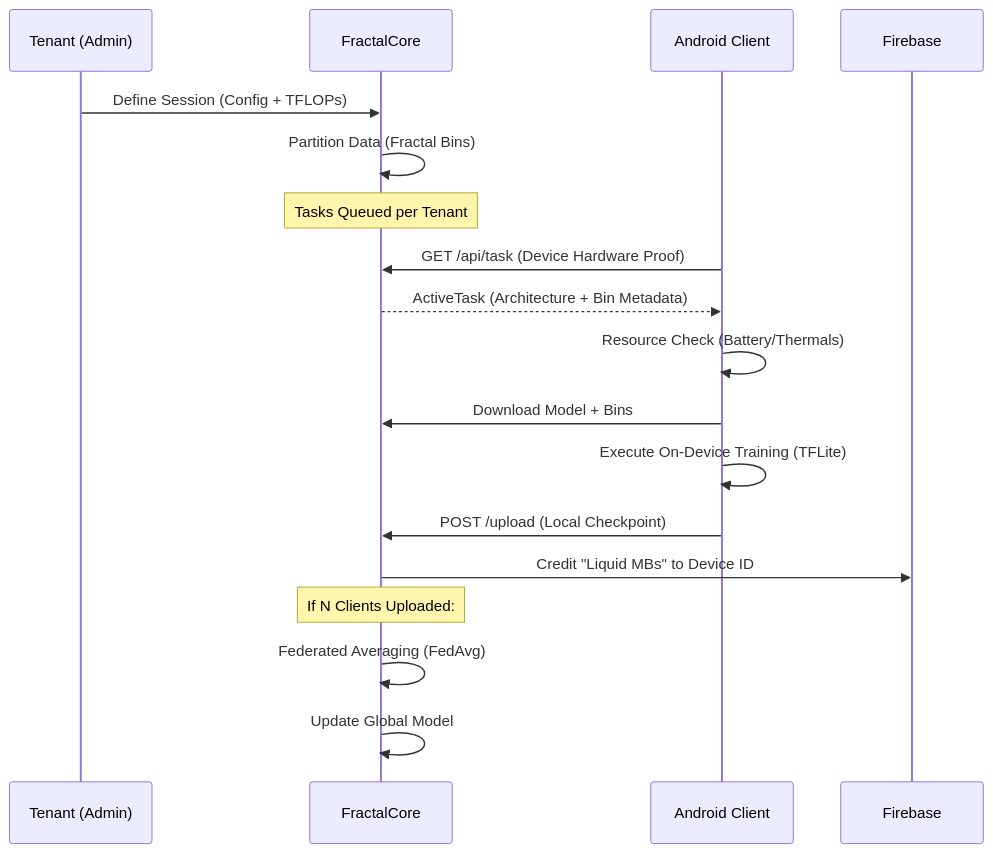
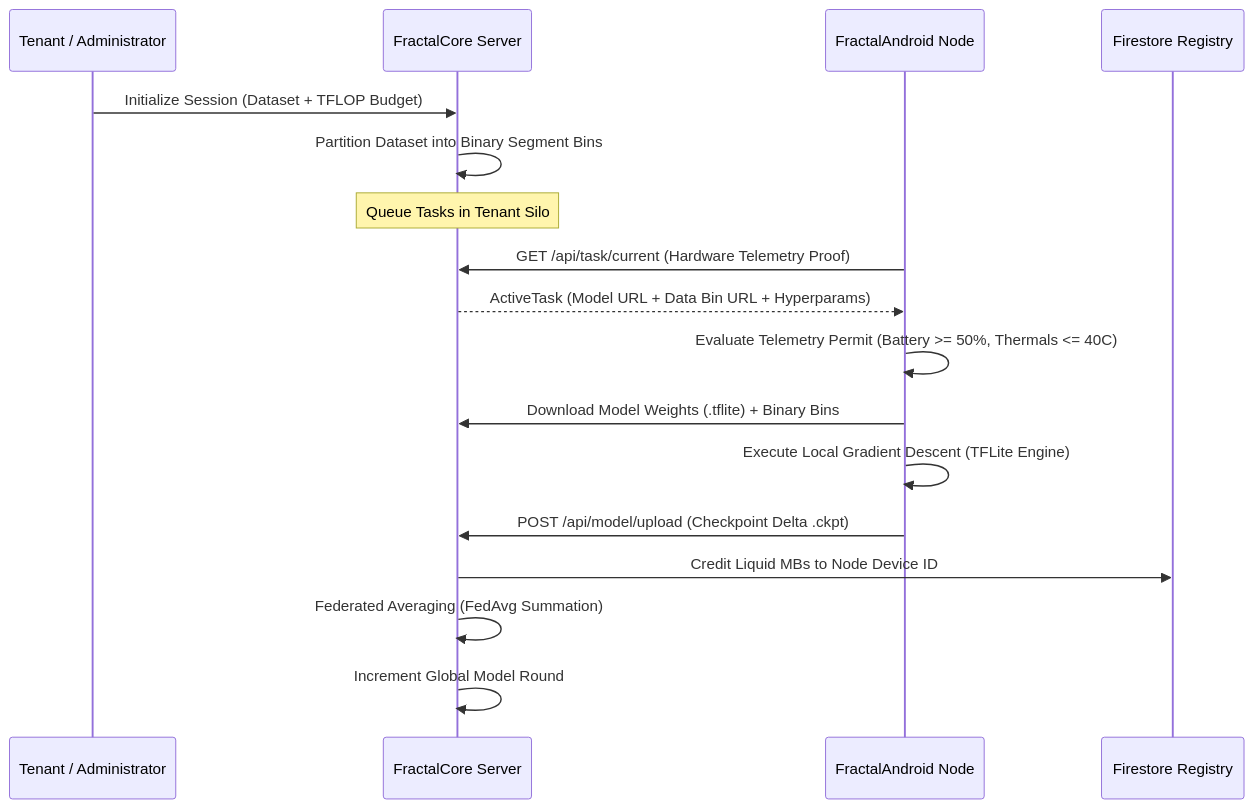
Before and after one commit to Fractal-Compute-Orchestrations/FractalWorkspace: the second of 3 diagrams in README.md, drawn with Mermaid. The commit also changed other lines of this file and 2 other files, not shown here.

Commit message:
docs: overhaul ecosystem architecture documentation and system contracts

````diff
--- a/README.md
+++ b/README.md
@@ -73,25 +86,23 @@
 ```mermaid
 sequenceDiagram
-    participant T as Tenant (Admin)
-    participant S as FractalCore
-    participant C as Android Client
-    participant F as Firebase
+    participant Tenant as Tenant / Administrator
+    participant Server as FractalCore Server
+    participant Node as FractalAndroid Node
+    participant Firestore as Firestore Registry
 
-    T->>S: Define Session (Config + TFLOPs)
-    S->>S: Partition Data (Fractal Bins)
-    Note over S: Tasks Queued per Tenant
-    
-    C->>S: GET /api/task (Device Hardware Proof)
-    S-->>C: ActiveTask (Architecture + Bin Metadata)
-    
-    C->>C: Resource Check (Battery/Thermals)
-    C->>S: Download Model + Bins
-    C->>C: Execute On-Device Training (TFLite)
-    C->>S: POST /upload (Local Checkpoint)
-    
-    S->>F: Credit "Liquid MBs" to Device ID
-    
-    Note over S: If N Clients Uploaded:
-    S->>S: Federated Averaging (FedAvg)
-    S->>S: Update Global Model
+    Tenant->>Server: Initialize Session (Dataset + TFLOP Budget)
+    Server->>Server: Partition Dataset into Binary Segment Bins
+    Note over Server: Queue Tasks in Tenant Silo
+
+    Node->>Server: GET /api/task/current (Hardware Telemetry Proof)
+    Server-->>Node: ActiveTask (Model URL + Data Bin URL + Hyperparams)
+
+    Node->>Node: Evaluate Telemetry Permit (Battery >= 50%, Thermals <= 40C)
+    Node->>Server: Download Model Weights (.tflite) + Binary Bins
+    Node->>Node: Execute Local Gradient Descent (TFLite Engine)
+    Node->>Server: POST /api/model/upload (Checkpoint Delta .ckpt)
+
+    Server->>Firestore: Credit Liquid MBs to Node Device ID
+    Server->>Server: Federated Averaging (FedAvg Summation)
+    Server->>Server: Increment Global Model Round
 ```
````
